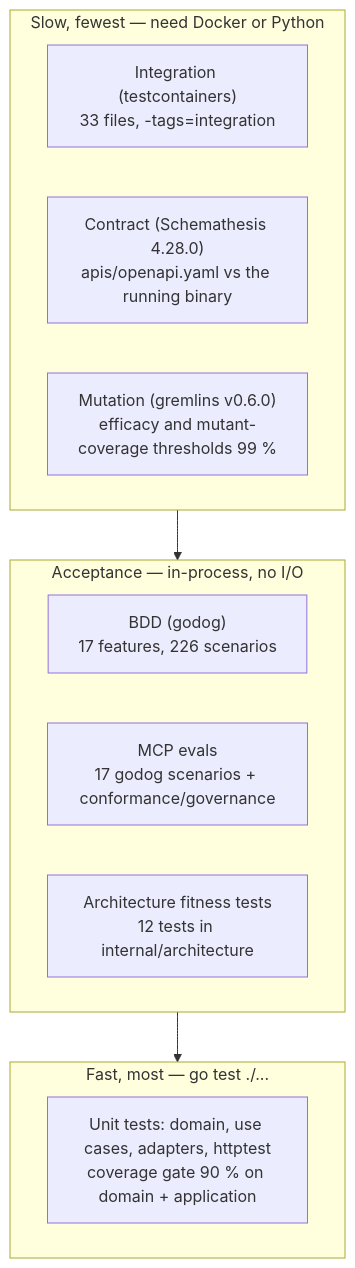
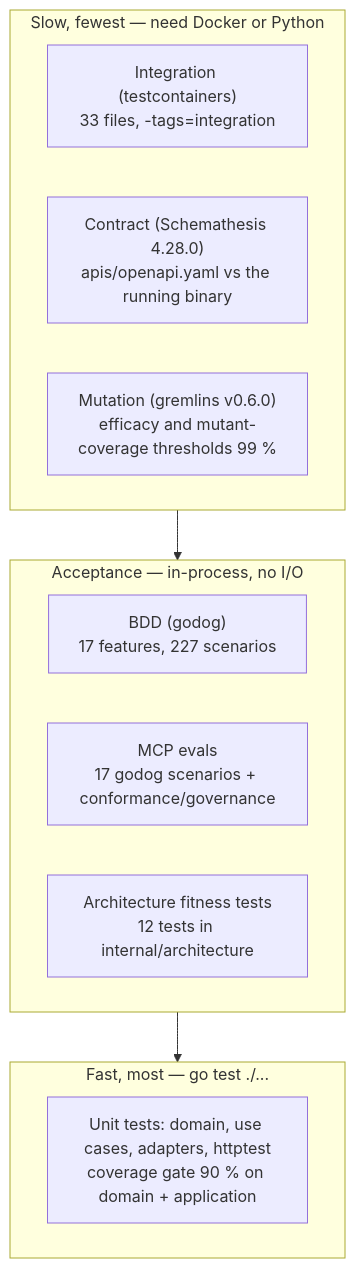
Before and after one commit to IQVO/wes-work-planning: the diagram in docs/docs/development/testing.md, drawn with Mermaid. The commit also changed other lines of this file and 5 other files, not shown here.

````diff
--- a/docs/docs/development/testing.md
+++ b/docs/docs/development/testing.md
@@ -13,17 +13,17 @@
 ```mermaid
 flowchart TB
     subgraph slow["Slow, fewest — need Docker or Python"]
         INT["Integration (testcontainers)<br/>33 files, -tags=integration"]
         CON["Contract (Schemathesis 4.28.0)<br/>apis/openapi.yaml vs the running binary"]
         MUT["Mutation (gremlins v0.6.0)<br/>efficacy and mutant-coverage thresholds 99 %"]
     end
     subgraph mid["Acceptance — in-process, no I/O"]
-        BDD["BDD (godog)<br/>17 features, 226 scenarios"]
+        BDD["BDD (godog)<br/>17 features, 227 scenarios"]
         EVAL["MCP evals<br/>17 godog scenarios + conformance/governance"]
         ARCH["Architecture fitness tests<br/>12 tests in internal/architecture"]
     end
     subgraph fast["Fast, most — go test ./..."]
         UNIT["Unit tests: domain, use cases, adapters, httptest<br/>coverage gate 90 % on domain + application"]
     end
     slow --> mid --> fast
 ```
````
